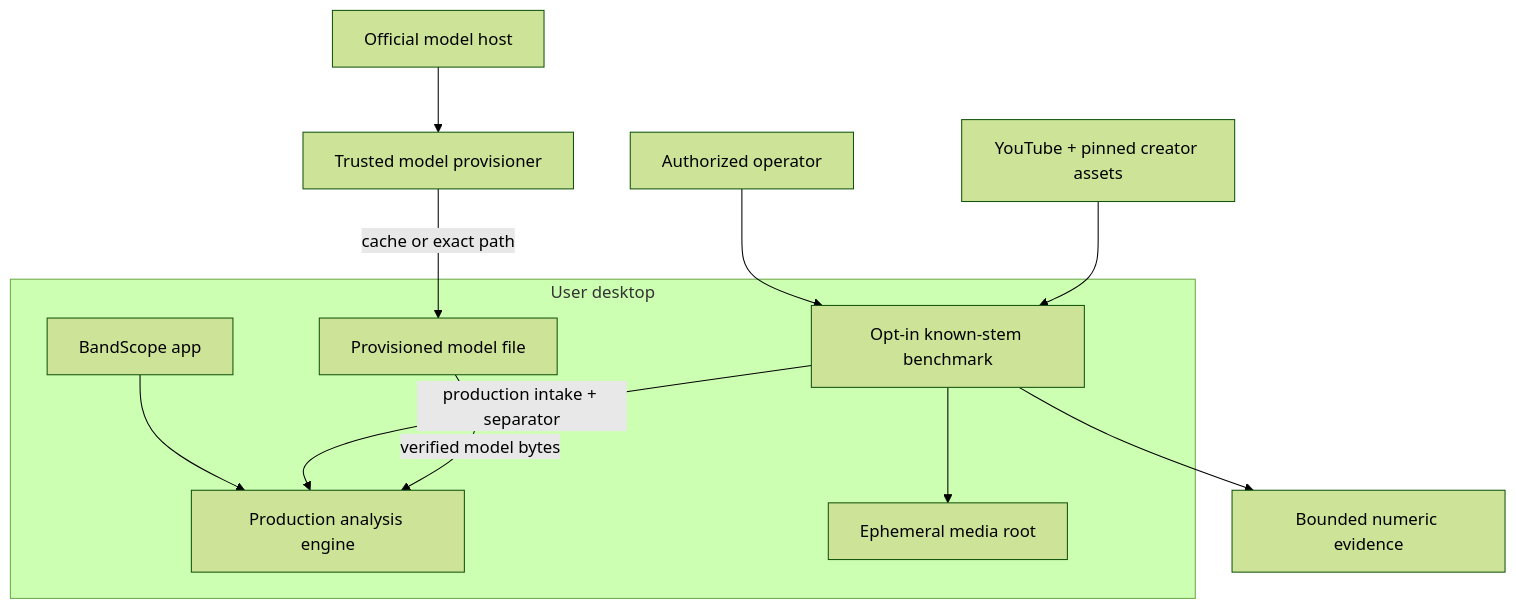
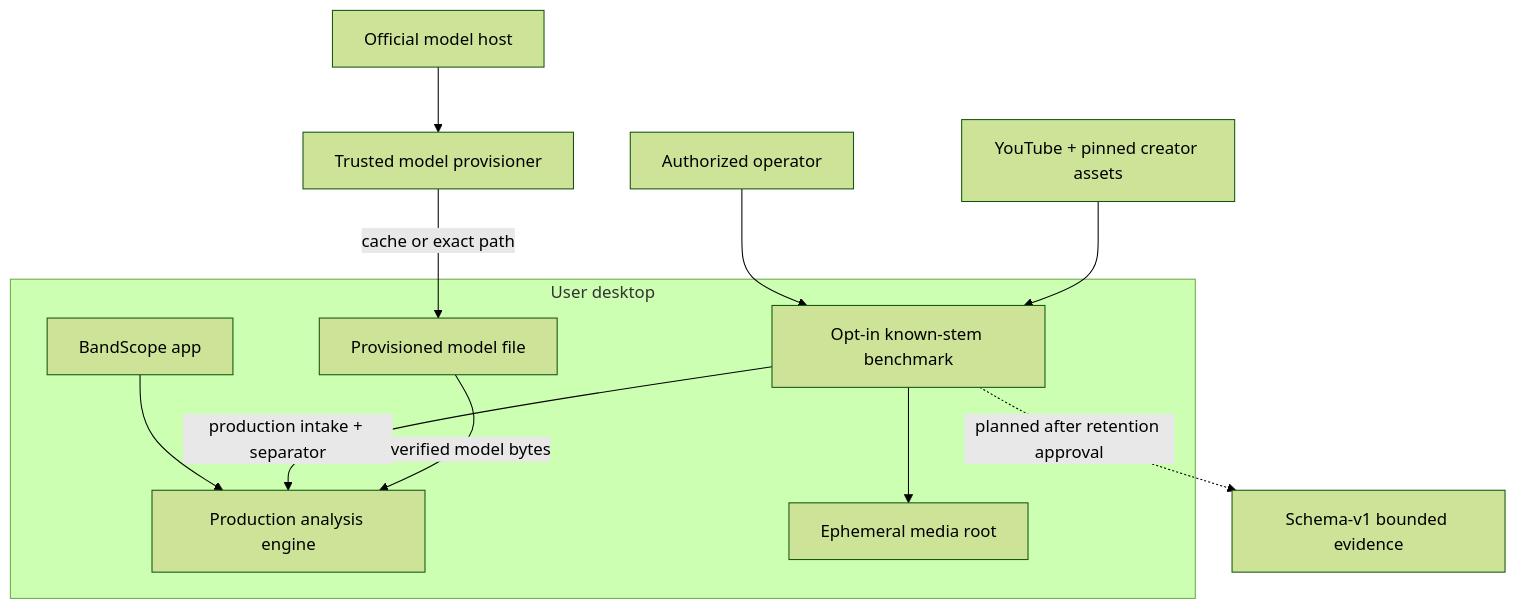
The seventh of 8 diagrams in docs/architecture/diagrams.md (ContextualWisdomLab/bandscope), drawn with Mermaid (forest theme) before and after one commit. The commit also changed other lines of this file and 28 other files, not shown here.

````diff
--- a/docs/architecture/diagrams.md
+++ b/docs/architecture/diagrams.md
@@ -130,19 +205,19 @@
 ```mermaid
 flowchart TB
     subgraph Desktop["User desktop"]
       App["BandScope app"]
       Benchmark["Opt-in known-stem benchmark"]
       Engine["Production analysis engine"]
       ModelFile["Provisioned model file"]
       Temp["Ephemeral media root"]
       App --> Engine
       Benchmark -->|"production intake + separator"| Engine
       Benchmark --> Temp
       ModelFile -->|"verified model bytes"| Engine
     end
     Operator["Authorized operator"] --> Benchmark
     Public["YouTube + pinned creator assets"] --> Benchmark
     Model["Official model host"] --> Provisioner["Trusted model provisioner"]
     Provisioner -->|"cache or exact path"| ModelFile
-    Benchmark --> Evidence["Bounded numeric evidence"]
+    Benchmark -.->|"planned after retention approval"| Evidence["Schema-v1 bounded evidence"]
 ```
````
